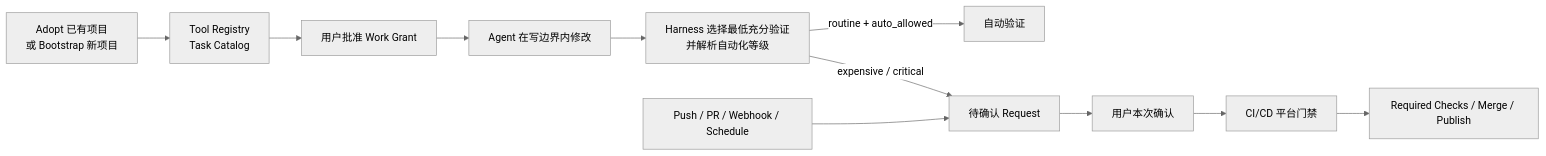
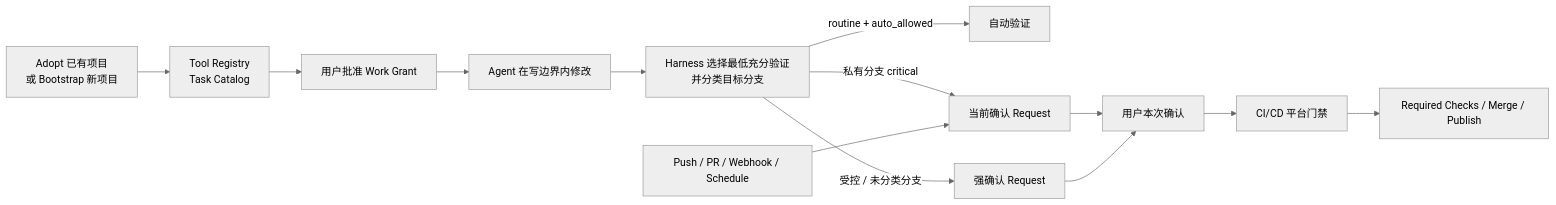
Before and after one commit to bigsmartben/harness-scaffold: the diagram in README.md, drawn with Mermaid (neutral theme). The commit also changed other lines of this file and 90 other files, not shown here.

````diff
--- a/README.md
+++ b/README.md
@@ -53,13 +64,15 @@
 ```mermaid
 flowchart LR
     A["Adopt 已有项目<br/>或 Bootstrap 新项目"] --> B["Tool Registry<br/>Task Catalog"]
     B --> C["用户批准 Work Grant"]
     C --> D["Agent 在写边界内修改"]
-    D --> E["Harness 选择最低充分验证<br/>并解析自动化等级"]
+    D --> E["Harness 选择最低充分验证<br/>并分类目标分支"]
     E -->|"routine + auto_allowed"| V["自动验证"]
-    E -->|"expensive / critical"| Q["待确认 Request"]
+    E -->|"私有分支 critical"| Q["当前确认 Request"]
+    E -->|"受控 / 未分类分支"| S["强确认 Request"]
     X["Push / PR / Webhook / Schedule"] --> Q
     Q --> Y["用户本次确认"]
+    S --> Y
     Y --> G["CI/CD 平台门禁"]
     G --> F["Required Checks / Merge / Publish"]
 ```
````
